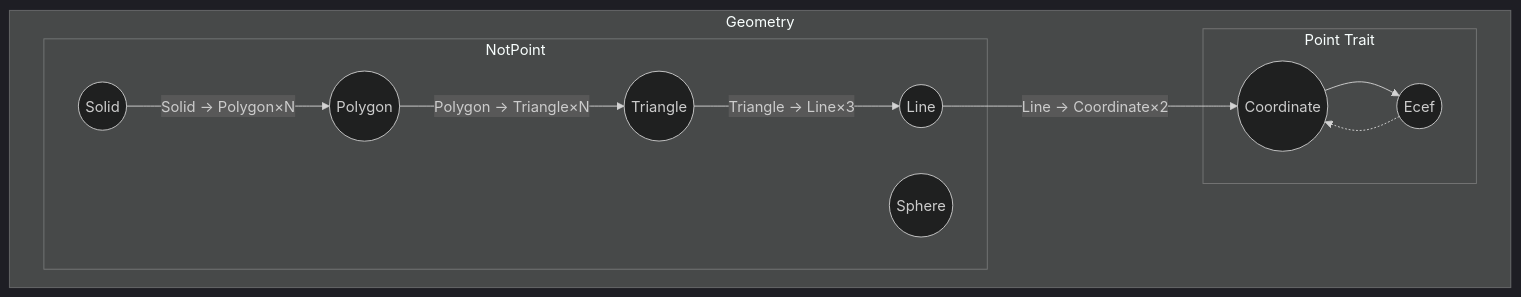
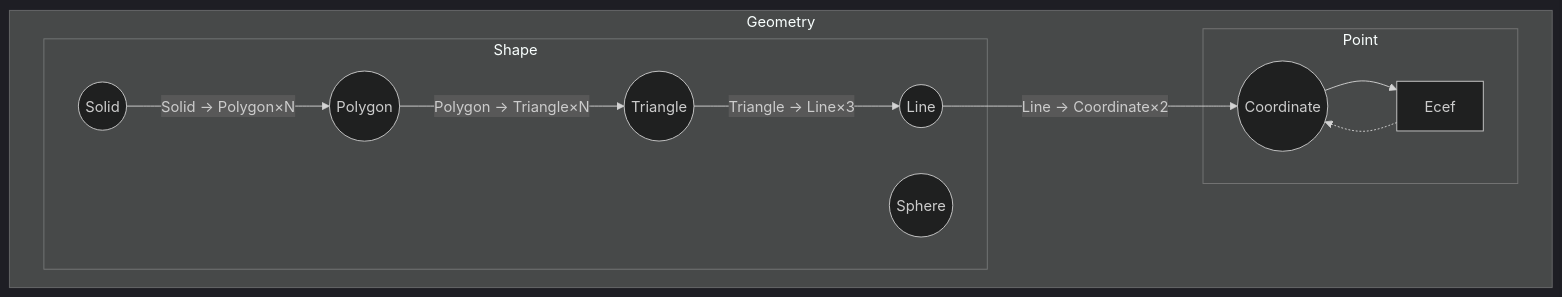
One commit to AirBee-Project/Kasane-Logic changed the diagram in docs/geometry-relation.md. Above: the diagram before and after it, drawn with Mermaid (dark theme). The commit also changed other lines of this file and 14 other files, not shown here.

````diff
--- a/docs/geometry-relation.md
+++ b/docs/geometry-relation.md
@@ -3,39 +3,38 @@
 ```mermaid
 graph TB
 
 Coordinate((Coordinate))
-Ecef((Ecef))
 Line((Line))
 Triangle((Triangle))
 Polygon((Polygon))
 Solid((Solid))
 Sphere((Sphere))
 
 subgraph Geometry
   direction LR
-    subgraph PointTrait [Point Trait]
+    subgraph Point [Point]
         Coordinate
         Ecef
     end
 
-    subgraph NotPoint
+    subgraph Shape [Shape]
         Line
         Triangle
         Polygon
         Solid
         Sphere
     end
 
 end
 
 %%点の定義
 Coordinate --> Ecef
 Ecef -.-> Coordinate
 
 
 %%点以外の型定義
 Line -->|"Line → Coordinate×2"| Coordinate
 Triangle -->|"Triangle → Line×3"| Line
 Polygon -->|"Polygon → Triangle×N"| Triangle
 Solid -->|"Solid → Polygon×N"| Polygon
 ```
````
